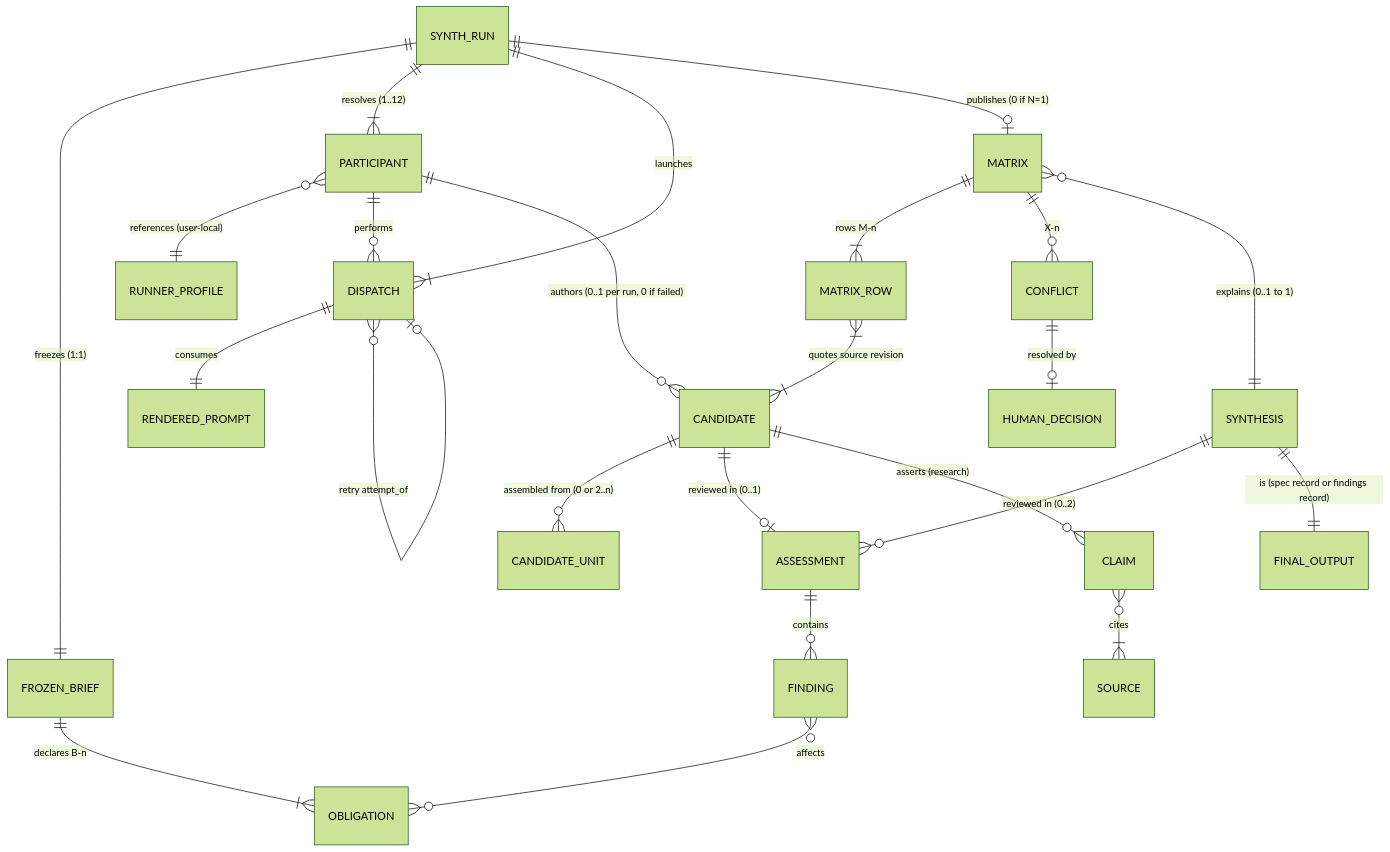
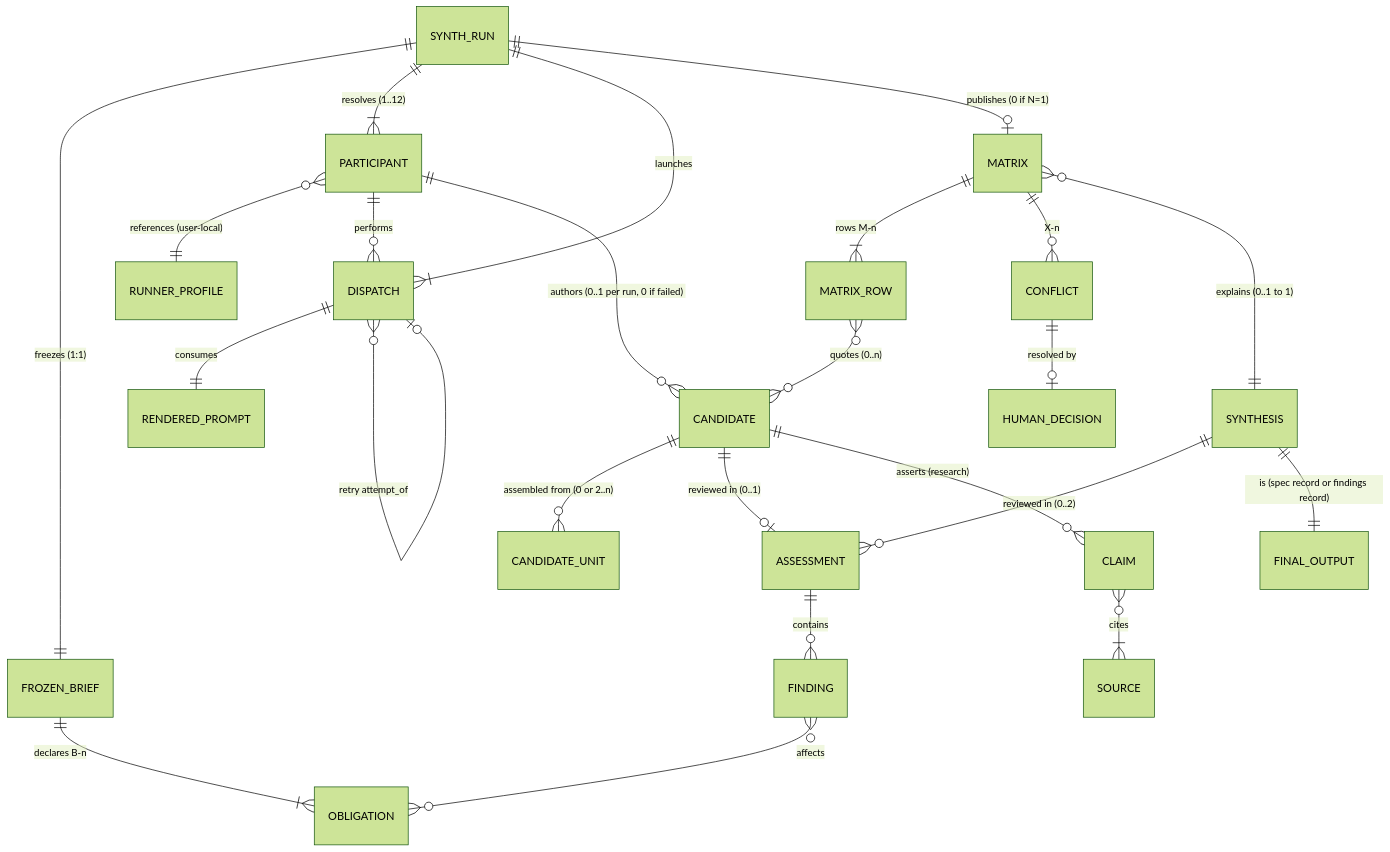
Before and after one commit to fariello/agent-workflows: the first of 4 diagrams in .aw/records/specs/draft/20261024-specflow-03-yfz5u9-spec-research-synthesis.spec.md, drawn with Mermaid (forest theme). The commit also changed other lines of this file and 1 other file, not shown here.

First line of the commit message:
docs(specs): refinement iteration 5 of candidate spec yfz5u9 (prompt khjc70; record yibf7z)

````diff
--- a/.aw/records/specs/draft/20261024-specflow-03-yfz5u9-spec-research-synthesis.spec.md
+++ b/.aw/records/specs/draft/20261024-specflow-03-yfz5u9-spec-research-synthesis.spec.md
@@ -744,26 +745,26 @@
 ```mermaid
 erDiagram
     SYNTH_RUN ||--|| FROZEN_BRIEF : "freezes (1:1)"
     SYNTH_RUN ||--|{ PARTICIPANT : "resolves (1..12)"
     PARTICIPANT }o--|| RUNNER_PROFILE : "references (user-local)"
     FROZEN_BRIEF ||--|{ OBLIGATION : "declares B-n"
     SYNTH_RUN ||--|{ DISPATCH : "launches"
     DISPATCH ||--|| RENDERED_PROMPT : "consumes"
     DISPATCH }o--o| DISPATCH : "retry attempt_of"
     PARTICIPANT ||--o{ DISPATCH : "performs"
     PARTICIPANT ||--o{ CANDIDATE : "authors (0..1 per run, 0 if failed)"
     CANDIDATE ||--o{ CANDIDATE_UNIT : "assembled from (0 or 2..n)"
     CANDIDATE ||--o| ASSESSMENT : "reviewed in (0..1)"
     SYNTHESIS ||--o{ ASSESSMENT : "reviewed in (0..2)"
     ASSESSMENT ||--o{ FINDING : "contains"
     FINDING }o--o{ OBLIGATION : "affects"
     SYNTH_RUN ||--o| MATRIX : "publishes (0 if N=1)"
     MATRIX ||--|{ MATRIX_ROW : "rows M-n"
-    MATRIX_ROW }|--|{ CANDIDATE : "quotes source revision"
+    MATRIX_ROW }o--o{ CANDIDATE : "quotes (0..n)"
     MATRIX ||--o{ CONFLICT : "X-n"
     CONFLICT ||--o| HUMAN_DECISION : "resolved by"
     MATRIX }o--|| SYNTHESIS : "explains (0..1 to 1)"
     CANDIDATE ||--o{ CLAIM : "asserts (research)"
     CLAIM }o--|{ SOURCE : "cites"
     SYNTHESIS ||--|| FINAL_OUTPUT : "is (spec record or findings record)"
 ```
````
